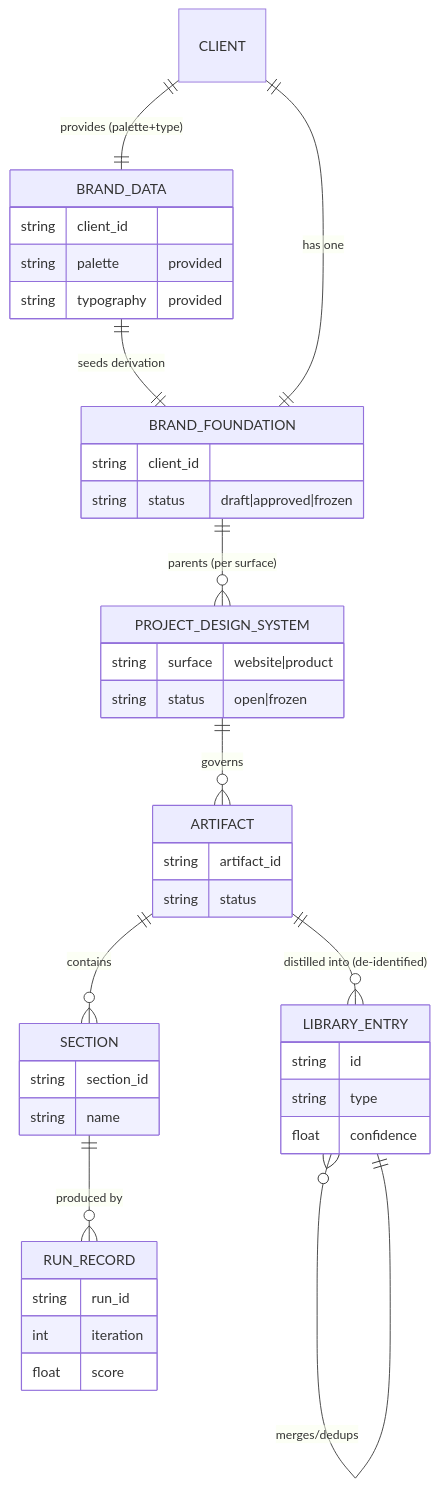
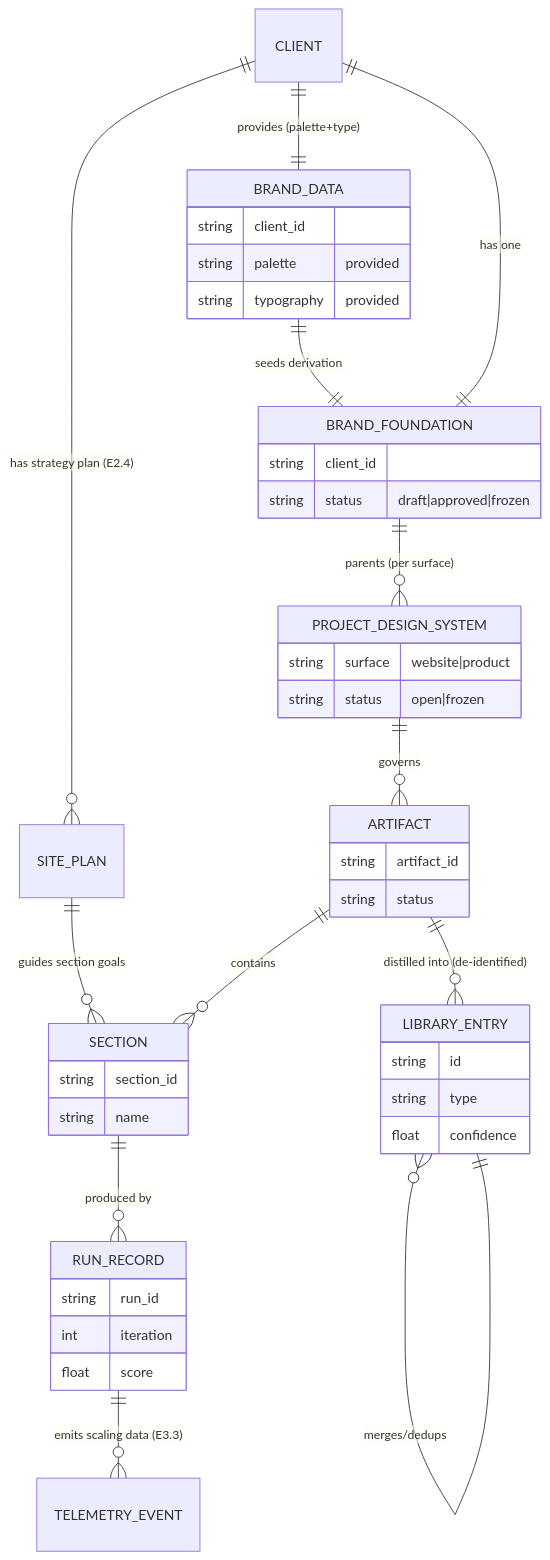
One commit to dev8xofficial/TroopHunter changed the first of 2 diagrams in future-pipeline/autonomous-design-engine/spec/03-data-model.md. Above: the diagram before and after it, drawn with Mermaid. The commit also changed other lines of this file and 139 other files, not shown here.

````diff
--- a/future-pipeline/autonomous-design-engine/spec/03-data-model.md
+++ b/future-pipeline/autonomous-design-engine/spec/03-data-model.md
@@ -9,44 +9,47 @@
 ```mermaid
 erDiagram
     CLIENT ||--|| BRAND_DATA : "provides (palette+type)"
     BRAND_DATA ||--|| BRAND_FOUNDATION : "seeds derivation"
     CLIENT ||--|| BRAND_FOUNDATION : "has one"
+    CLIENT ||--o{ SITE_PLAN : "has strategy plan (E2.4)"
+    SITE_PLAN ||--o{ SECTION : "guides section goals"
     BRAND_FOUNDATION ||--o{ PROJECT_DESIGN_SYSTEM : "parents (per surface)"
     PROJECT_DESIGN_SYSTEM ||--o{ ARTIFACT : "governs"
     ARTIFACT ||--o{ SECTION : "contains"
     SECTION ||--o{ RUN_RECORD : "produced by"
+    RUN_RECORD ||--o{ TELEMETRY_EVENT : "emits scaling data (E3.3)"
     ARTIFACT ||--o{ LIBRARY_ENTRY : "distilled into (de-identified)"
     LIBRARY_ENTRY }o--|| LIBRARY_ENTRY : "merges/dedups"
 
     BRAND_DATA {
         string client_id
         string palette "provided"
         string typography "provided"
     }
     BRAND_FOUNDATION {
         string client_id
         string status "draft|approved|frozen"
     }
     PROJECT_DESIGN_SYSTEM {
         string surface "website|product"
         string status "open|frozen"
     }
     ARTIFACT {
         string artifact_id
         string status
     }
     SECTION {
         string section_id
         string name
     }
     LIBRARY_ENTRY {
         string id
         string type
         float confidence
     }
     RUN_RECORD {
         string run_id
         int iteration
         float score
     }
 ```
````
